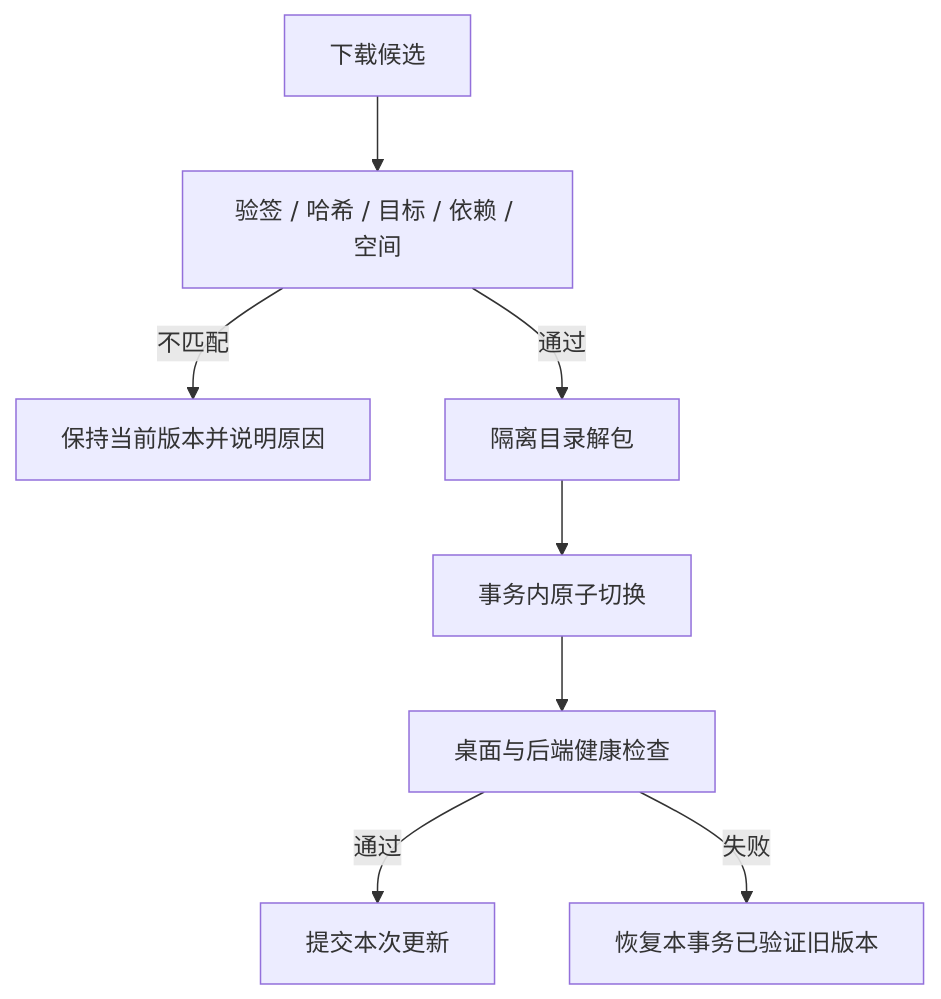
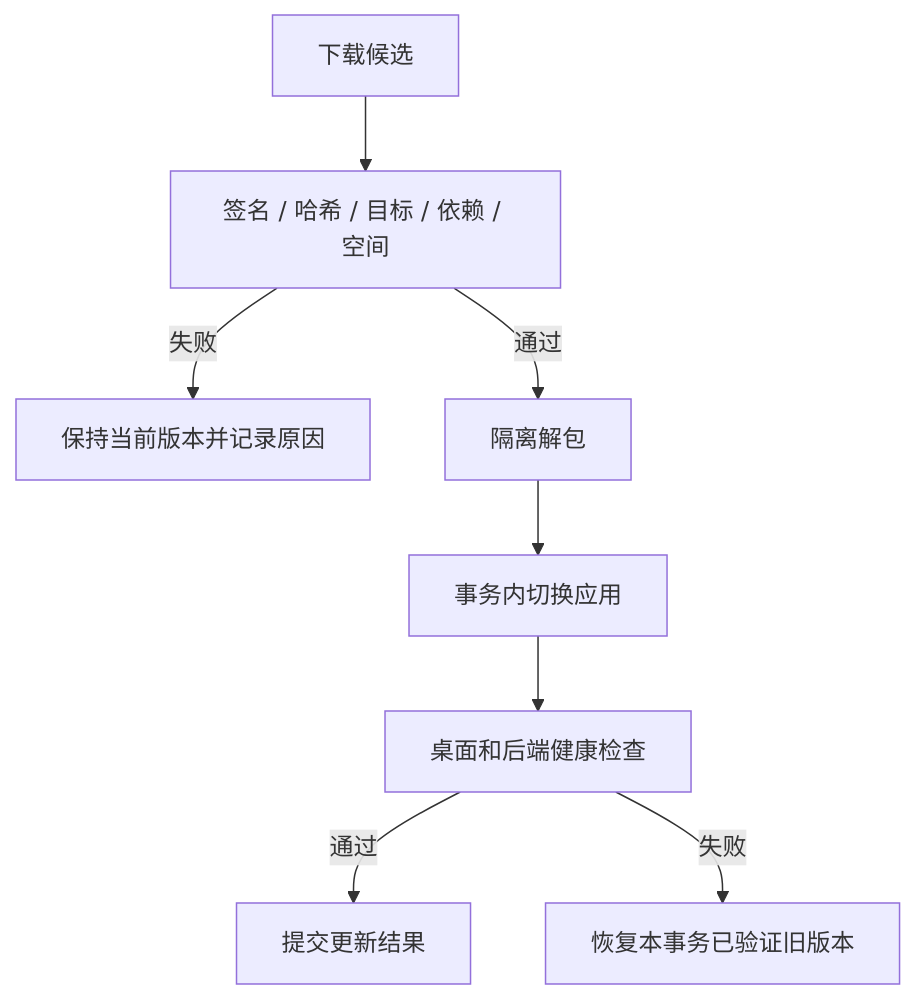
The diagram in docs/tutorial/ota.md (dshanpi/SmartDesktopMimi), drawn with Mermaid before and after one commit. The commit also changed other lines of this file and 34 other files, not shown here.

````diff
--- a/docs/tutorial/ota.md
+++ b/docs/tutorial/ota.md
@@ -26,10 +39,10 @@
 ```mermaid
 flowchart TD
-  Download[下载候选] --> Verify[验签 / 哈希 / 目标 / 依赖 / 空间]
-  Verify -->|不匹配| Reject[保持当前版本并说明原因]
-  Verify -->|通过| Stage[隔离目录解包]
-  Stage --> Switch[事务内原子切换]
-  Switch --> Health[桌面与后端健康检查]
-  Health -->|通过| Commit[提交本次更新]
+  Candidate[下载候选] --> Check[签名 / 哈希 / 目标 / 依赖 / 空间]
+  Check -->|失败| Keep[保持当前版本并记录原因]
+  Check -->|通过| Stage[隔离解包]
+  Stage --> Activate[事务内切换应用]
+  Activate --> Health[桌面和后端健康检查]
+  Health -->|通过| Commit[提交更新结果]
   Health -->|失败| Rollback[恢复本事务已验证旧版本]
 ```
````
